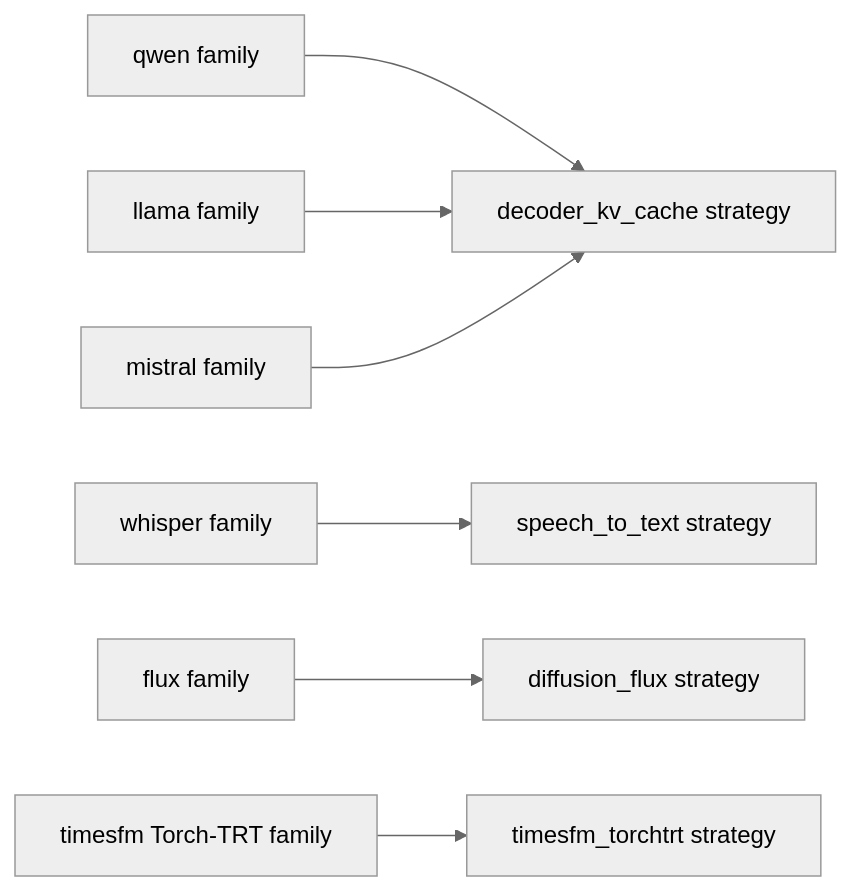
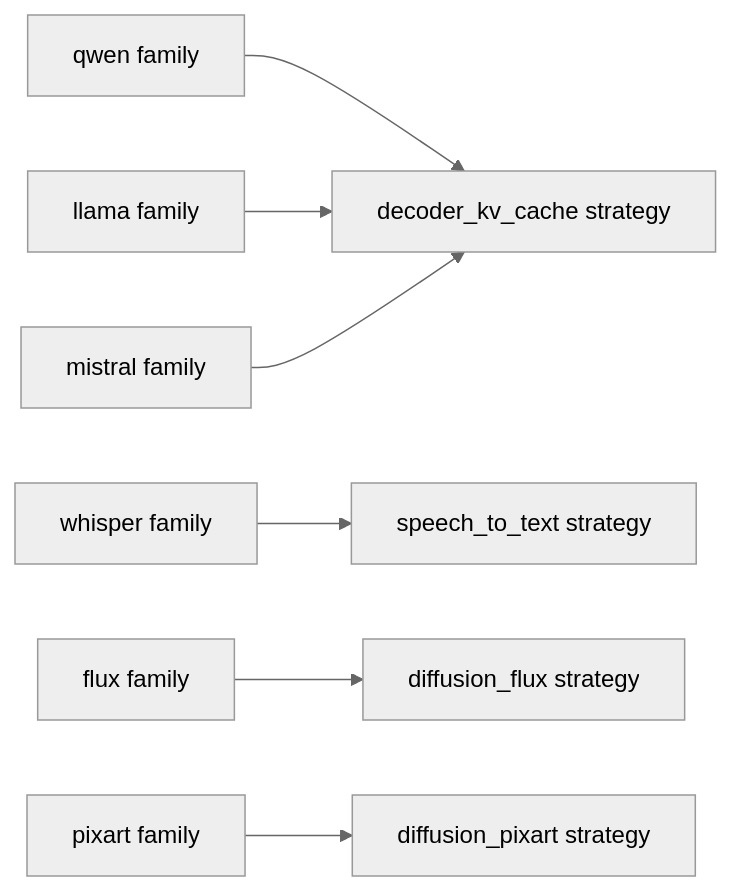
The fifth of 5 diagrams in website/docs/getting-started/inference-fundamentals.md (AbishekCoder1/TensorRT-Model-Connect), drawn with Mermaid (neutral theme) before and after one commit. The commit also changed other lines of this file and 145 other files, not shown here.

First line of the commit message:
build(trt): remove Torch-TRT backend (#227)

````diff
--- a/website/docs/getting-started/inference-fundamentals.md
+++ b/website/docs/getting-started/inference-fundamentals.md
@@ -180,9 +180,9 @@
 ```mermaid
 flowchart LR
   Qwen["qwen family"] --> Decoder["decoder_kv_cache strategy"]
   Llama["llama family"] --> Decoder
   Mistral["mistral family"] --> Decoder
   Whisper["whisper family"] --> STT["speech_to_text strategy"]
   Flux["flux family"] --> Diff["diffusion_flux strategy"]
-  TimesFM["timesfm Torch-TRT family"] --> TS["timesfm_torchtrt strategy"]
+  PixArt["pixart family"] --> Pix["diffusion_pixart strategy"]
 ```
````
